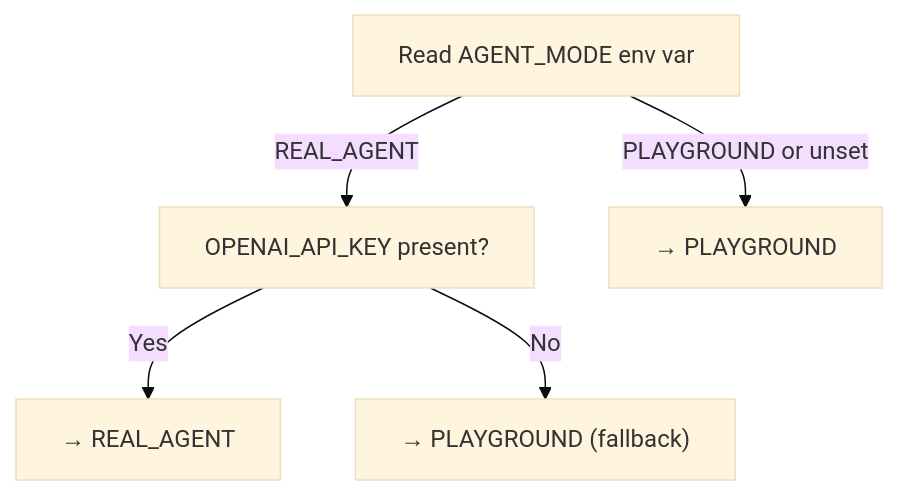
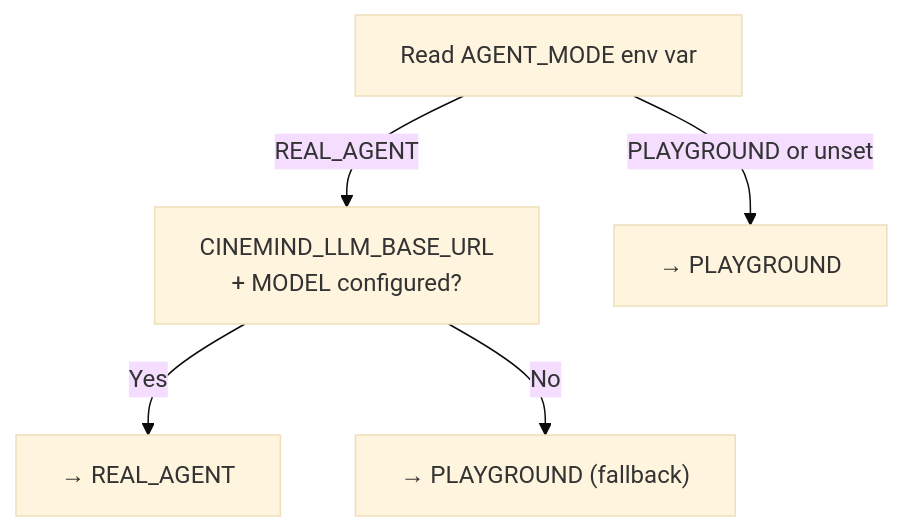
Before and after one commit to mayad123/movieAgent: the fourth of 6 diagrams in docs/features/agent/AGENT_CORE.md, drawn with Mermaid (base theme). The commit also changed other lines of this file and 33 other files, not shown here.

````diff
--- a/docs/features/agent/AGENT_CORE.md
+++ b/docs/features/agent/AGENT_CORE.md
@@ -157,8 +165,8 @@
 ```mermaid
 flowchart TD
     ENV["Read AGENT_MODE env var"]
-    ENV -->|"REAL_AGENT"| CHECK["OPENAI_API_KEY present?"]
+    ENV -->|"REAL_AGENT"| CHECK["CINEMIND_LLM_BASE_URL<br/>+ MODEL configured?"]
     ENV -->|"PLAYGROUND" or unset| PG["→ PLAYGROUND"]
     CHECK -->|Yes| RA["→ REAL_AGENT"]
     CHECK -->|No| FALLBACK["→ PLAYGROUND (fallback)"]
 ```
````
